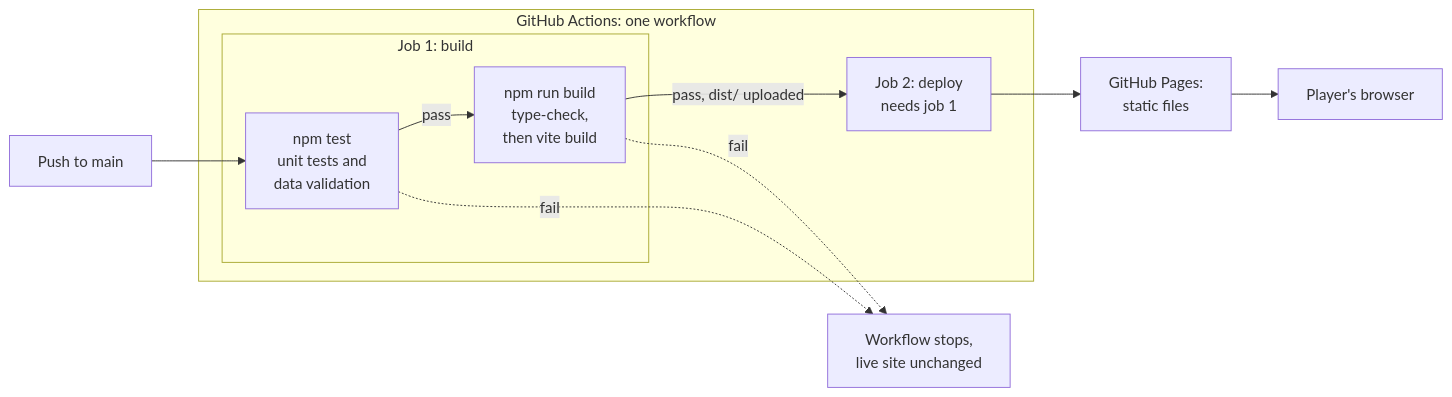
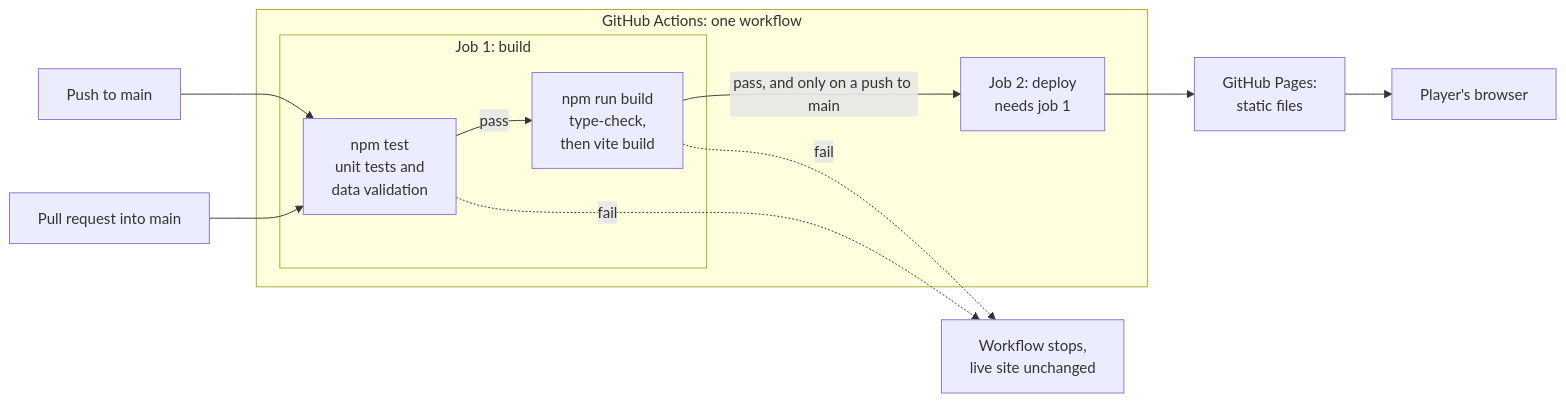
The second of 2 diagrams in docs/architecture.md (Jeff-Meendering/hold-the-line), drawn with Mermaid before and after one commit. The commit also changed other lines of this file and 4 other files, not shown here.

````diff
--- a/docs/architecture.md
+++ b/docs/architecture.md
@@ -55,24 +55,26 @@
 ```mermaid
 flowchart LR
     push["Push to main"]
+    pr["Pull request into main"]
 
     subgraph wf["GitHub Actions: one workflow"]
         subgraph job1["Job 1: build"]
             test["npm test<br/>unit tests and<br/>data validation"]
             build["npm run build<br/>type-check,<br/>then vite build"]
             test -->|"pass"| build
         end
         deploy["Job 2: deploy<br/>needs job 1"]
-        build -->|"pass, dist/ uploaded"| deploy
+        build -->|"pass, and only on a push to main"| deploy
     end
 
     stop["Workflow stops,<br/>live site unchanged"]
     pages["GitHub Pages:<br/>static files"]
     browser["Player's browser"]
 
     push --> test
+    pr --> test
     test -.->|"fail"| stop
     build -.->|"fail"| stop
     deploy --> pages
     pages --> browser
 ```
````
